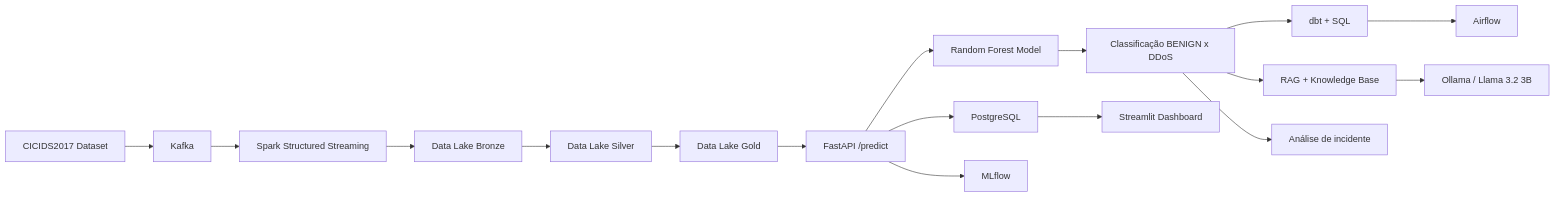
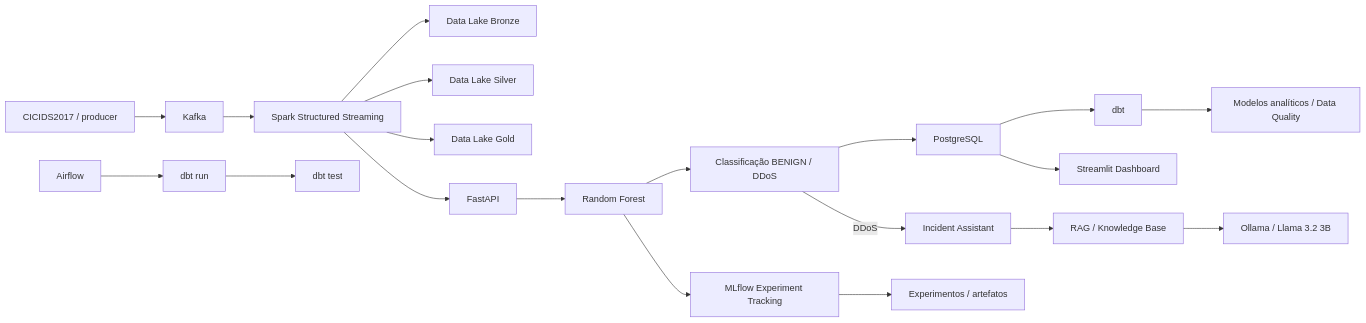
Before and after one commit to andrecruzdevbr/cyber-threat-intelligence-platform: the diagram in README.md, drawn with Mermaid. The commit also changed other lines of this file and 2 other files, not shown here.

Commit message:
docs: refine architecture and setup instructions

````diff
--- a/README.md
+++ b/README.md
@@ -62,19 +62,29 @@
 ```mermaid
 flowchart LR
-    A[CICIDS2017 Dataset] --> B[Kafka]
+    A[CICIDS2017 / producer] --> B[Kafka]
     B --> C[Spark Structured Streaming]
+
     C --> D[Data Lake Bronze]
-    D --> E[Data Lake Silver]
-    E --> F[Data Lake Gold]
-    F --> G[FastAPI /predict]
-    G --> H[PostgreSQL]
-    G --> I[Random Forest Model]
-    I --> J[Classificação BENIGN x DDoS]
-    J --> K[dbt + SQL]
-    K --> L[Airflow]
-    G --> M[MLflow]
-    J --> N[RAG + Knowledge Base]
-    N --> O[Ollama / Llama 3.2 3B]
-    H --> P[Streamlit Dashboard]
-    J --> Q[Análise de incidente]
+    C --> E[Data Lake Silver]
+    C --> F[Data Lake Gold]
+
+    C --> G[FastAPI]
+    G --> H[Random Forest]
+    H --> I[Classificação BENIGN / DDoS]
+    I --> J[PostgreSQL]
+
+    I -->|DDoS| K[Incident Assistant]
+    K --> L[RAG / Knowledge Base]
+    L --> M[Ollama / Llama 3.2 3B]
+
+    J --> N[dbt]
+    N --> O[Modelos analíticos / Data Quality]
+
+    J --> P[Streamlit Dashboard]
+
+    Q[Airflow] --> R[dbt run]
+    R --> S[dbt test]
+
+    H --> T[MLflow Experiment Tracking]
+    T --> U[Experimentos / artefatos]
 ```
````
